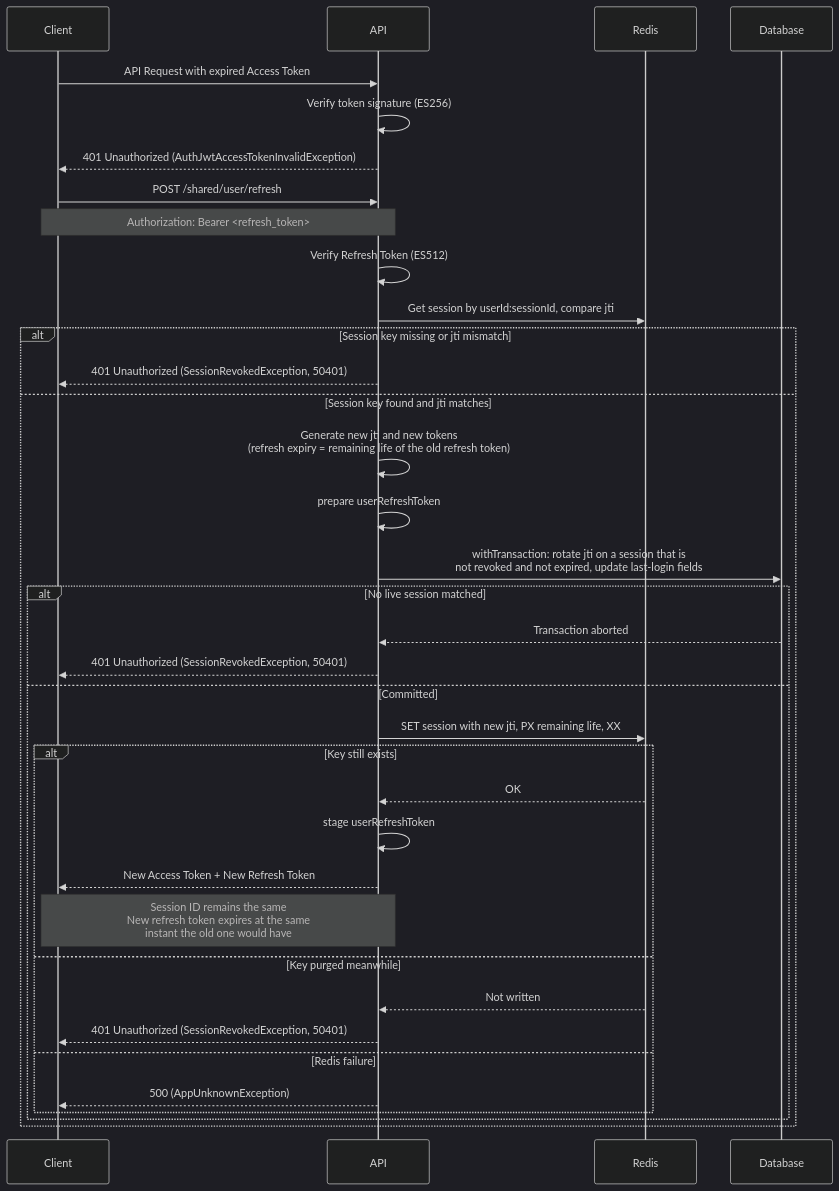
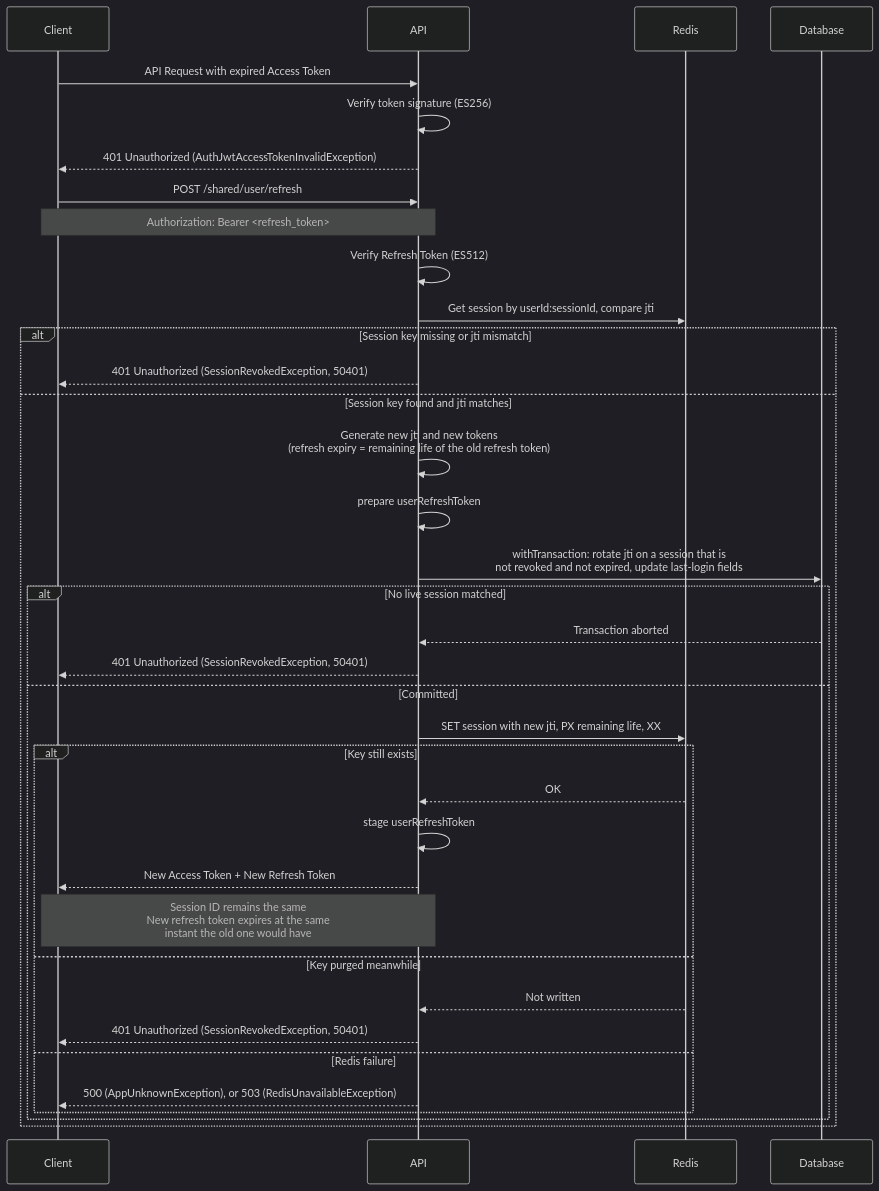
Before and after one commit to andrechristikan/ack-nestjs-boilerplate: the fourth of 10 diagrams in docs/authentication.md, drawn with Mermaid (dark theme). The commit also changed other lines of this file and 387 other files, not shown here.

````diff
--- a/docs/authentication.md
+++ b/docs/authentication.md
@@ -413,41 +413,41 @@
 ```mermaid
 sequenceDiagram
     participant Client
     participant API
     participant Redis
     participant Database
 
     Client->>API: API Request with expired Access Token
     API->>API: Verify token signature (ES256)
     API-->>Client: 401 Unauthorized (AuthJwtAccessTokenInvalidException)
 
     Client->>API: POST /shared/user/refresh
     Note over Client,API: Authorization: Bearer <refresh_token>
 
     API->>API: Verify Refresh Token (ES512)
     API->>Redis: Get session by userId:sessionId, compare jti
     alt Session key missing or jti mismatch
         API-->>Client: 401 Unauthorized (SessionRevokedException, 50401)
     else Session key found and jti matches
         API->>API: Generate new jti and new tokens<br/>(refresh expiry = remaining life of the old refresh token)
         API->>API: prepare userRefreshToken
         API->>Database: withTransaction: rotate jti on a session that is<br/>not revoked and not expired, update last-login fields
         alt No live session matched
             Database-->>API: Transaction aborted
             API-->>Client: 401 Unauthorized (SessionRevokedException, 50401)
         else Committed
             API->>Redis: SET session with new jti, PX remaining life, XX
             alt Key still exists
                 Redis-->>API: OK
                 API->>API: stage userRefreshToken
                 API-->>Client: New Access Token + New Refresh Token
                 Note over Client,API: Session ID remains the same<br/>New refresh token expires at the same<br/>instant the old one would have
             else Key purged meanwhile
                 Redis-->>API: Not written
                 API-->>Client: 401 Unauthorized (SessionRevokedException, 50401)
             else Redis failure
-                API-->>Client: 500 (AppUnknownException)
+                API-->>Client: 500 (AppUnknownException), or 503 (RedisUnavailableException)
             end
         end
     end
 ```
````
